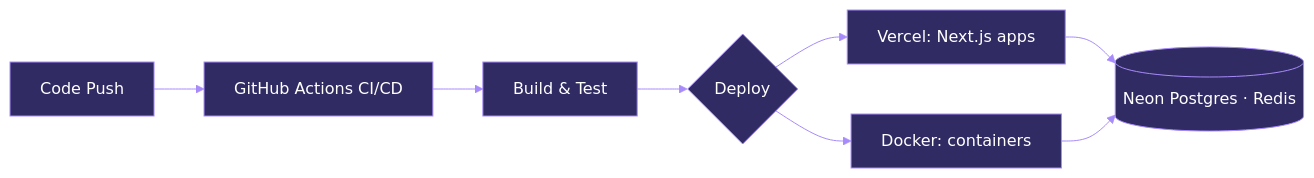
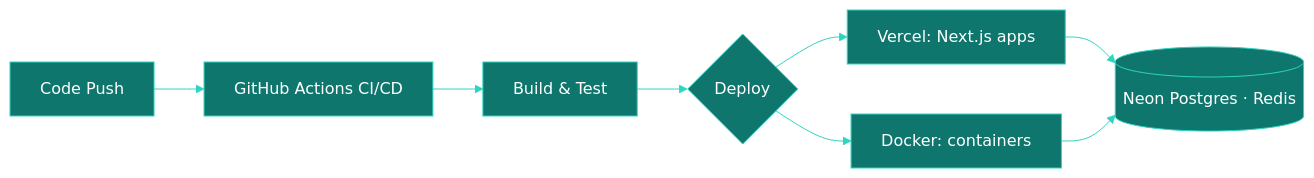
The diagram in README.md (Gowreesh-VT/Gowreesh-VT), drawn with Mermaid before and after one commit. The commit also changed other lines of this file, not shown here.

````diff
--- a/README.md
+++ b/README.md
@@ -148,11 +148,11 @@
 ```mermaid
-%%{init: {'theme':'base','themeVariables':{'primaryColor':'#302b63','primaryTextColor':'#ffffff','primaryBorderColor':'#A78BFA','lineColor':'#A78BFA','tertiaryColor':'#0f0c29'}}}%%
+%%{init: {'theme':'base','themeVariables':{'primaryColor':'#0f766e','primaryTextColor':'#ffffff','primaryBorderColor':'#2DD4BF','lineColor':'#2DD4BF','tertiaryColor':'#042f2e'}}}%%
 flowchart LR
     A[Code Push] --> B[GitHub Actions CI/CD]
     B --> C[Build & Test]
     C --> D{Deploy}
     D --> E[Vercel: Next.js apps]
     D --> F[Docker: containers]
     E --> G[(Neon Postgres · Redis)]
     F --> G
 ```
````
